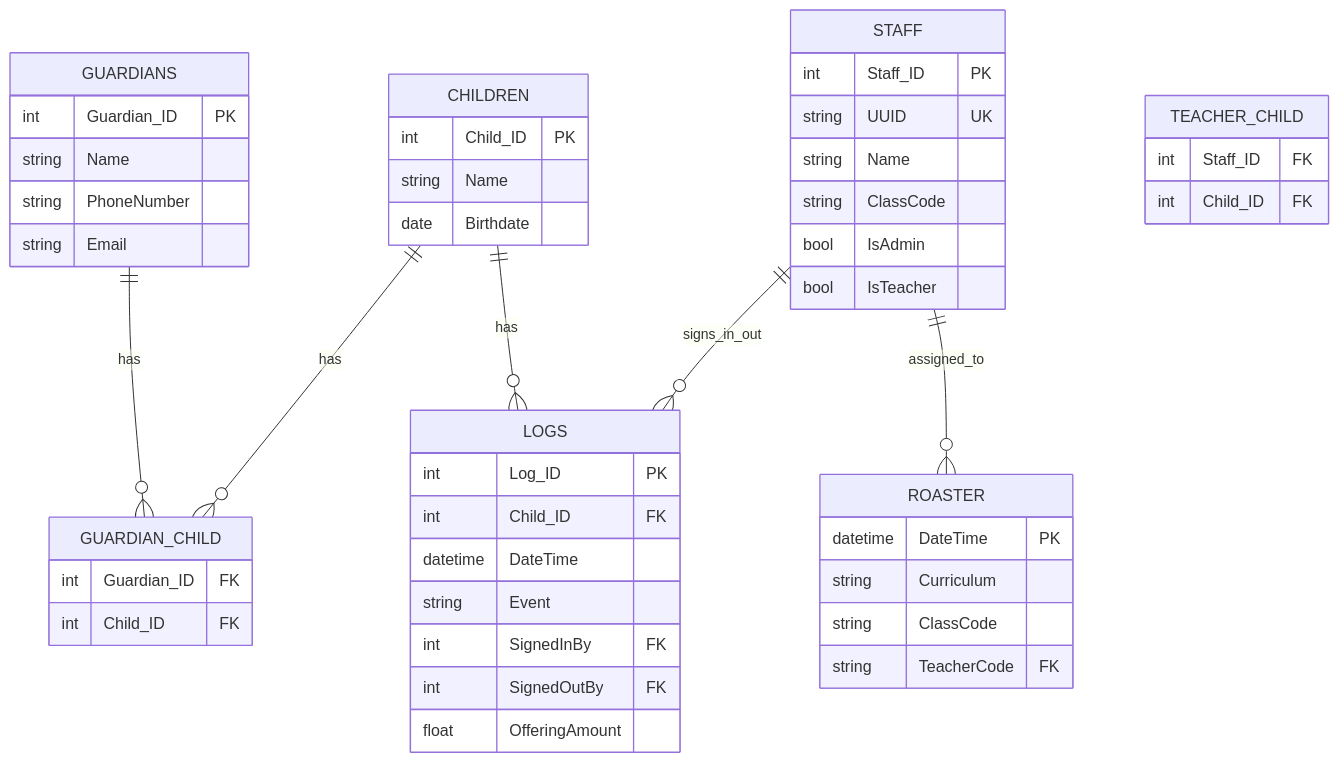
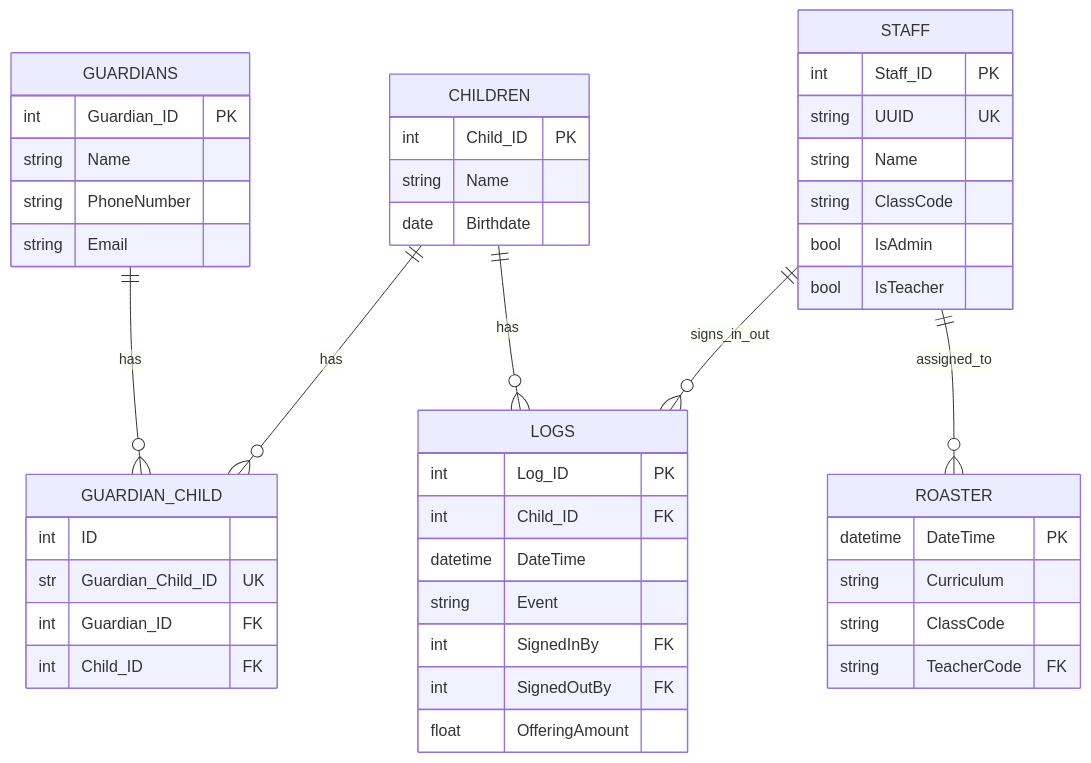
The second of 3 diagrams in Structure.md (Marsuvees/childrens-church-management-and-pickup-system), drawn with Mermaid before and after one commit. The commit also changed other lines of this file, not shown here.

````diff
--- a/Structure.md
+++ b/Structure.md
@@ -31,60 +31,57 @@
 ```mermaid
 erDiagram
     GUARDIANS {
         int Guardian_ID PK
         string Name
         string PhoneNumber
         string Email
     }
 
     STAFF {
         int Staff_ID PK
         string UUID UK
         string Name
         string ClassCode
         bool IsAdmin
         bool IsTeacher
     }
 
     CHILDREN {
         int Child_ID PK
         string Name
         date Birthdate
     }
 
     LOGS {
         int Log_ID PK
         int Child_ID FK
         datetime DateTime
         string Event
         int SignedInBy FK
         int SignedOutBy FK
         float OfferingAmount
     }
 
     ROASTER {
         datetime DateTime PK
         string Curriculum
         string ClassCode
         string TeacherCode FK
     }
 
     GUARDIAN_CHILD {
+        int ID
+        str Guardian_Child_ID UK
         int Guardian_ID FK
-        int Child_ID FK
-    }
-
-    TEACHER_CHILD {
-        int Staff_ID FK
         int Child_ID FK
     }
 
     GUARDIANS ||--o{ GUARDIAN_CHILD : has
     CHILDREN ||--o{ GUARDIAN_CHILD : has
 
     CHILDREN ||--o{ LOGS : has
     STAFF ||--o{ LOGS : signs_in_out
 
     STAFF ||--o{ ROASTER : assigned_to
 
 ```
````
